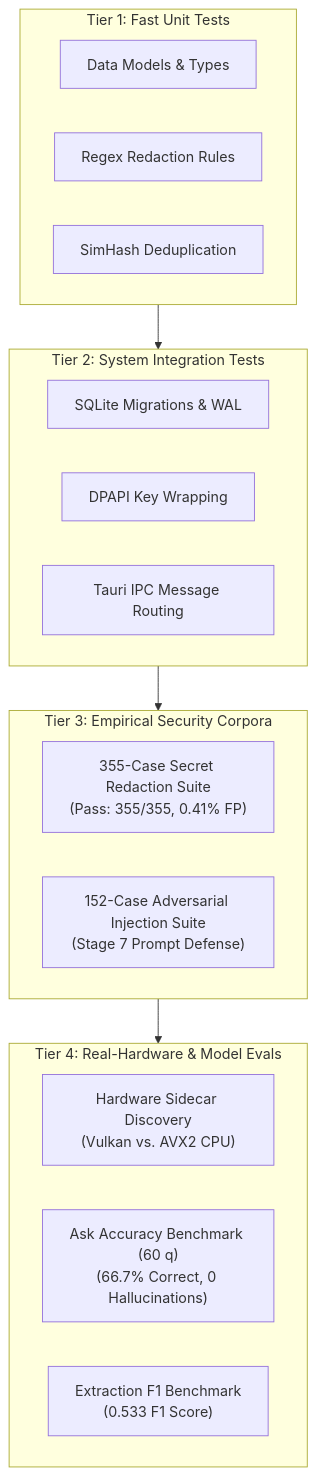
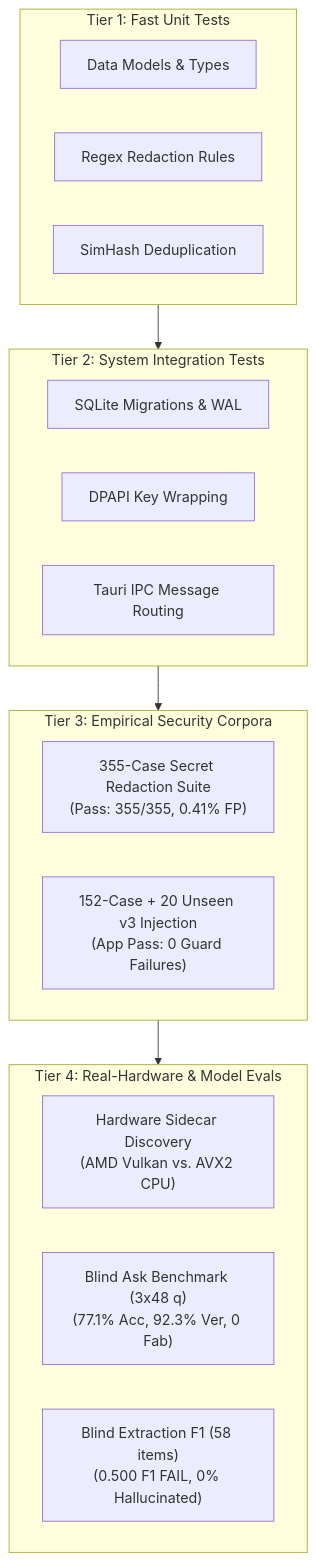
Before and after one commit to webex042/Tessera: the diagram in docs-site/testing/index.md, drawn with Mermaid. The commit also changed 31 other files, not shown here.

````diff
--- a/docs-site/testing/index.md
+++ b/docs-site/testing/index.md
@@ -15,27 +15,27 @@
 ```mermaid
 flowchart TD
     subgraph TIER1 ["Tier 1: Fast Unit Tests"]
         U1["Data Models & Types"]
         U2["Regex Redaction Rules"]
         U3["SimHash Deduplication"]
     end
 
     subgraph TIER2 ["Tier 2: System Integration Tests"]
         I1["SQLite Migrations & WAL"]
         I2["DPAPI Key Wrapping"]
         I3["Tauri IPC Message Routing"]
     end
 
     subgraph TIER3 ["Tier 3: Empirical Security Corpora"]
         S1["355-Case Secret Redaction Suite\n(Pass: 355/355, 0.41% FP)"]
-        S2["152-Case Adversarial Injection Suite\n(Stage 7 Prompt Defense)"]
+        S2["152-Case + 20 Unseen v3 Injection\n(App Pass: 0 Guard Failures)"]
     end
 
     subgraph TIER4 ["Tier 4: Real-Hardware & Model Evals"]
-        E1["Hardware Sidecar Discovery\n(Vulkan vs. AVX2 CPU)"]
-        E2["Ask Accuracy Benchmark (60 q)\n(66.7% Correct, 0 Hallucinations)"]
-        E3["Extraction F1 Benchmark\n(0.533 F1 Score)"]
+        E1["Hardware Sidecar Discovery\n(AMD Vulkan vs. AVX2 CPU)"]
+        E2["Blind Ask Benchmark (3x48 q)\n(77.1% Acc, 92.3% Ver, 0 Fab)"]
+        E3["Blind Extraction F1 (58 items)\n(0.500 F1 FAIL, 0% Hallucinated)"]
     end
 
     TIER1 --> TIER2 --> TIER3 --> TIER4
 ```
````
